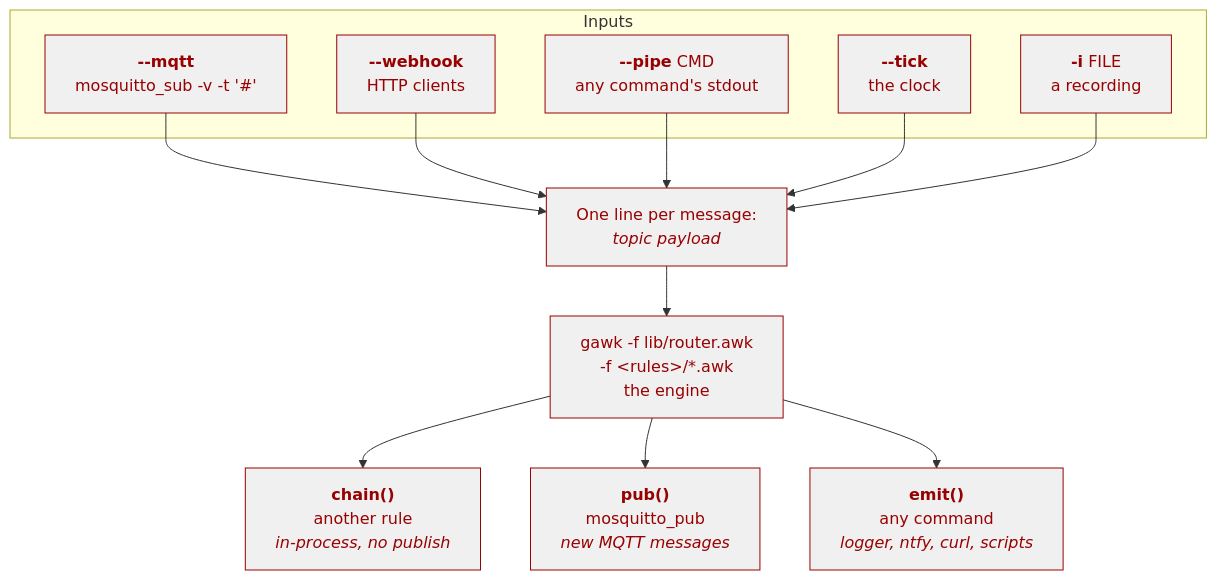
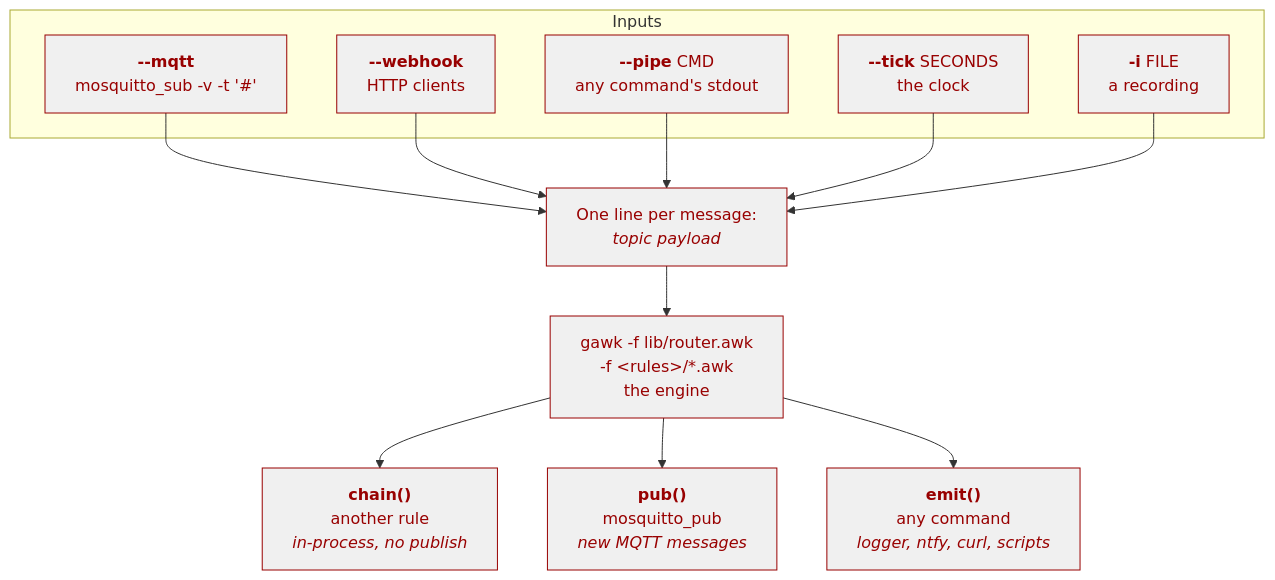
One commit to janerikj/awk-red changed the diagram in README.md. Above: the diagram before and after it, drawn with Mermaid. The commit also changed other lines of this file, not shown here.

Commit message:
Clarify --tick and MQTT_CLIENT_ID; add WSL2 webhook troubleshooting note

````diff
--- a/README.md
+++ b/README.md
@@ -28,22 +29,22 @@
 ```mermaid
 flowchart TD
     subgraph Inputs["Inputs"]
         MQTT["<b>--mqtt</b><br/>mosquitto_sub -v -t '#'"]
         WEBHOOK["<b>--webhook</b><br/>HTTP clients"]
         PIPE["<b>--pipe</b> CMD<br/>any command's stdout"]
-        TICK["<b>--tick</b><br/>the clock"]
+        TICK["<b>--tick</b> SECONDS<br/>the clock"]
         FILE["<b>-i</b> FILE<br/>a recording"]
     end
 
     MQTT & WEBHOOK & PIPE & TICK & FILE --> FORMAT["One line per message:<br/><i>topic payload</i>"]
 
     FORMAT --> ENGINE["gawk -f lib/router.awk<br/>-f &lt;rules&gt;/*.awk<br/>the engine"]
 
     ENGINE --> CHAIN["<b>chain()</b><br/>another rule<br/><i>in-process, no publish</i>"]
     ENGINE --> PUB["<b>pub()</b><br/>mosquitto_pub<br/><i>new MQTT messages</i>"]
     ENGINE --> EMIT["<b>emit()</b><br/>any command<br/><i>logger, ntfy, curl, scripts</i>"]
 
     classDef input fill:#f0f0f0,stroke:#980101,color:#980101
 
     class MQTT,WEBHOOK,PIPE,TICK,FILE,ENGINE,CHAIN,PUB,EMIT,FORMAT input
 ```
````
